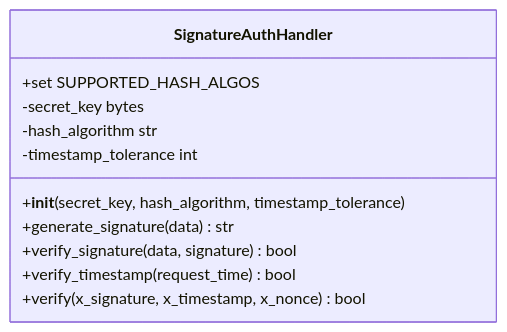
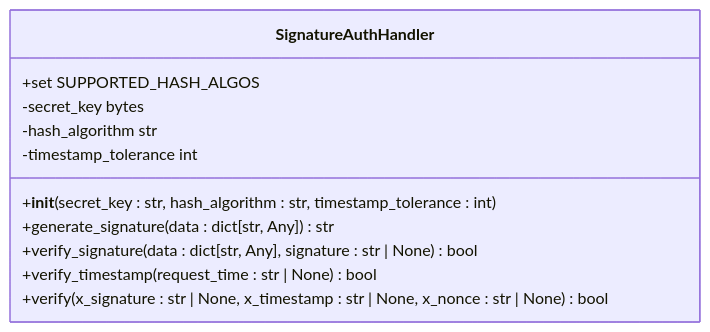
Before and after one commit to lilinzezzzzzz/fastapi-backend: the third of 6 diagrams in .qoder/repowiki/zh/content/安全认证机制/签名认证机制.md, drawn with Mermaid. The commit also changed other lines of this file and 42 other files, not shown here.

````diff
--- a/.qoder/repowiki/zh/content/安全认证机制/签名认证机制.md
+++ b/.qoder/repowiki/zh/content/安全认证机制/签名认证机制.md
@@ -142,14 +162,14 @@
 ```mermaid
 classDiagram
 class SignatureAuthHandler {
 +set SUPPORTED_HASH_ALGOS
 -secret_key bytes
 -hash_algorithm str
 -timestamp_tolerance int
-+__init__(secret_key, hash_algorithm, timestamp_tolerance)
-+generate_signature(data) str
-+verify_signature(data, signature) bool
-+verify_timestamp(request_time) bool
-+verify(x_signature, x_timestamp, x_nonce) bool
++__init__(secret_key : str, hash_algorithm : str, timestamp_tolerance : int)
++generate_signature(data : dict[str, Any]) str
++verify_signature(data : dict[str, Any], signature : str | None) bool
++verify_timestamp(request_time : str | None) bool
++verify(x_signature : str | None, x_timestamp : str | None, x_nonce : str | None) bool
 }
 ```
````
